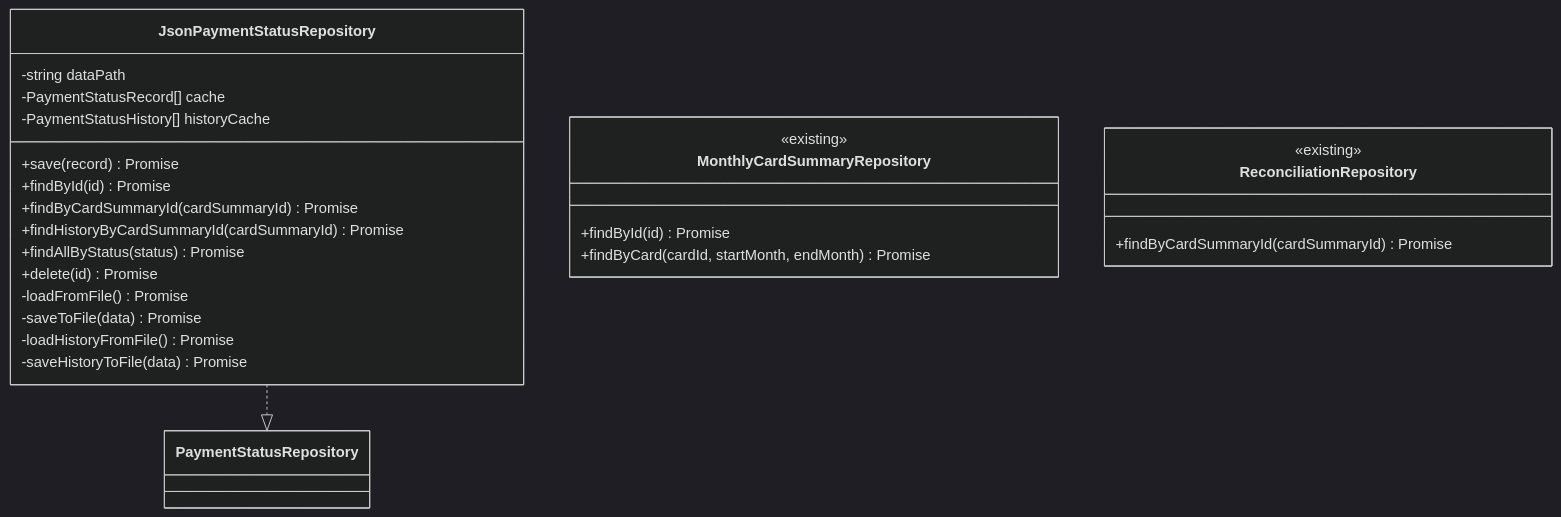
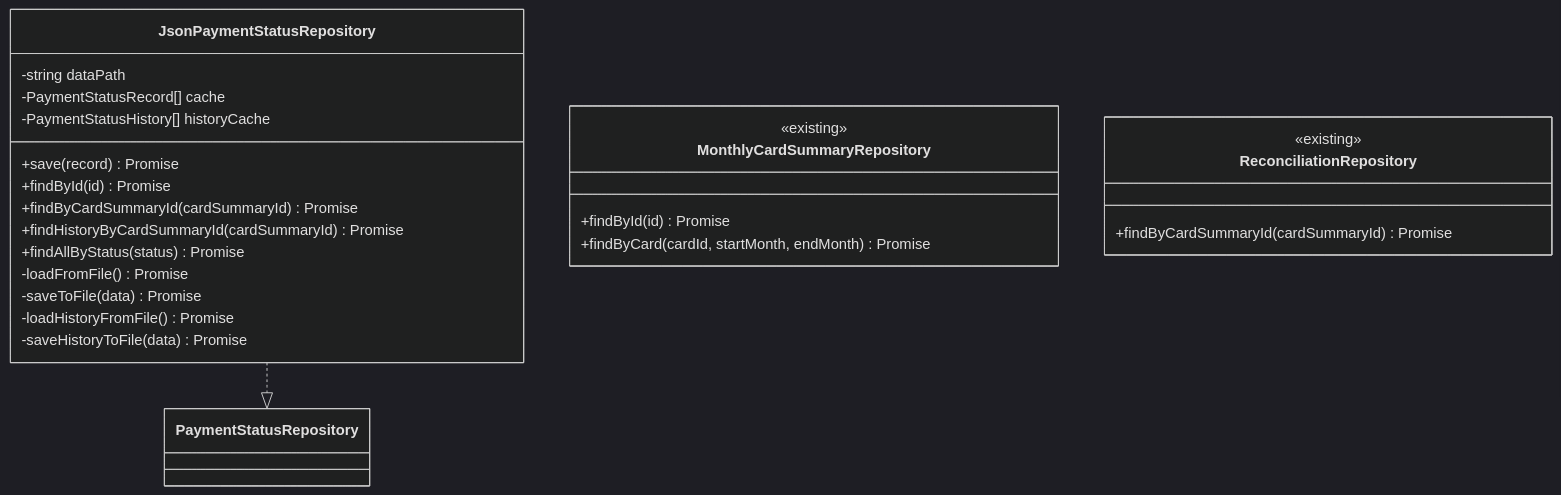
One commit to kencom2400/account-book changed the third of 7 diagrams in docs/detailed-design/FR-014_payment-status-management/class-diagrams.md. Above: the diagram before and after it, drawn with Mermaid (dark theme). The commit also changed other lines of this file and 3 other files, not shown here.

````diff
--- a/docs/detailed-design/FR-014_payment-status-management/class-diagrams.md
+++ b/docs/detailed-design/FR-014_payment-status-management/class-diagrams.md
@@ -230,31 +230,30 @@
 ```mermaid
 classDiagram
     class JsonPaymentStatusRepository {
         -string dataPath
         -PaymentStatusRecord[] cache
         -PaymentStatusHistory[] historyCache
         +save(record) Promise<PaymentStatusRecord>
         +findById(id) Promise<PaymentStatusRecord|null>
         +findByCardSummaryId(cardSummaryId) Promise<PaymentStatusRecord|null>
         +findHistoryByCardSummaryId(cardSummaryId) Promise<PaymentStatusHistory>
         +findAllByStatus(status) Promise<PaymentStatusRecord[]>
-        +delete(id) Promise<void>
         -loadFromFile() Promise<PaymentStatusRecord[]>
         -saveToFile(data) Promise<void>
         -loadHistoryFromFile() Promise<PaymentStatusHistory[]>
         -saveHistoryToFile(data) Promise<void>
     }
 
     class MonthlyCardSummaryRepository {
         <<existing>>
         +findById(id) Promise<MonthlyCardSummary|null>
         +findByCard(cardId, startMonth, endMonth) Promise<MonthlyCardSummary[]>
     }
 
     class ReconciliationRepository {
         <<existing>>
         +findByCardSummaryId(cardSummaryId) Promise<ReconciliationResult|null>
     }
 
     JsonPaymentStatusRepository ..|> PaymentStatusRepository
 ```
````
